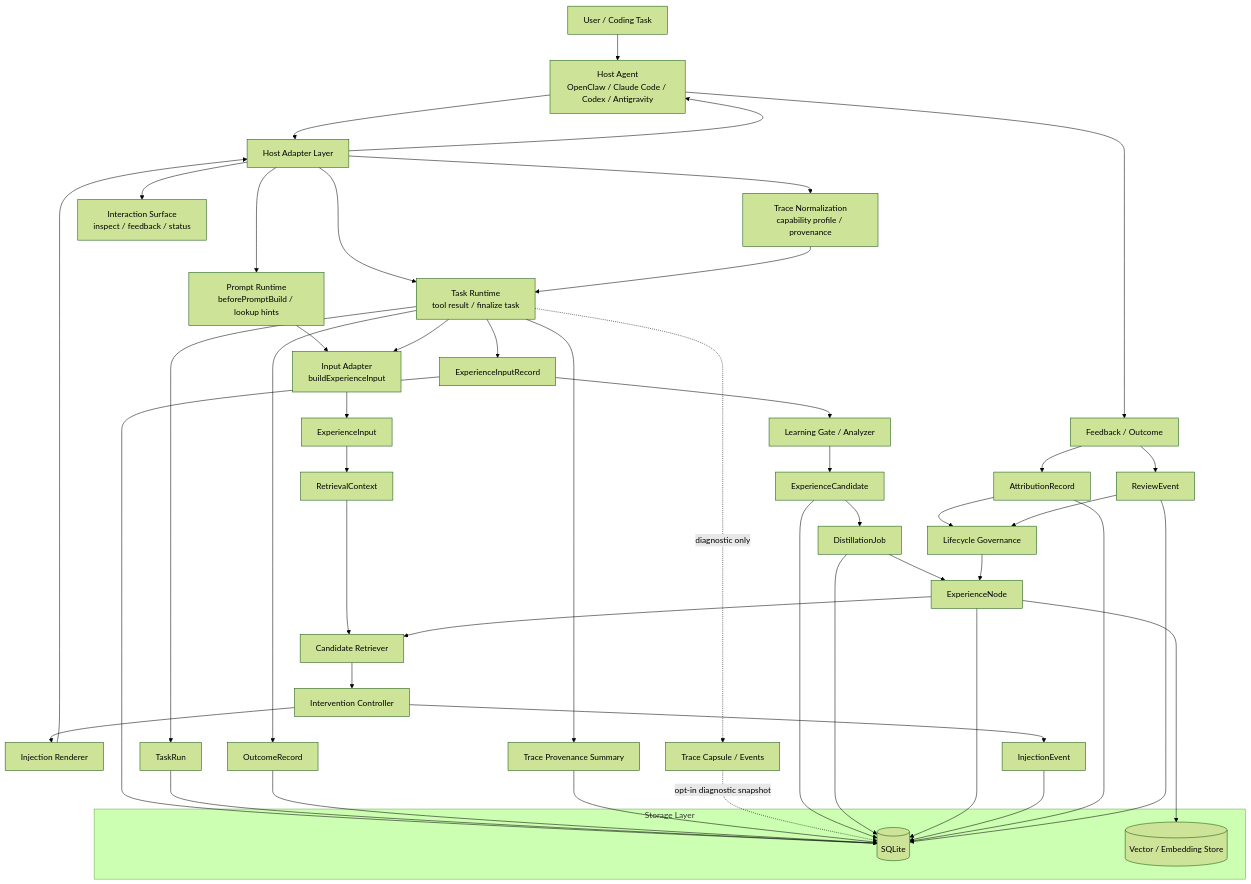
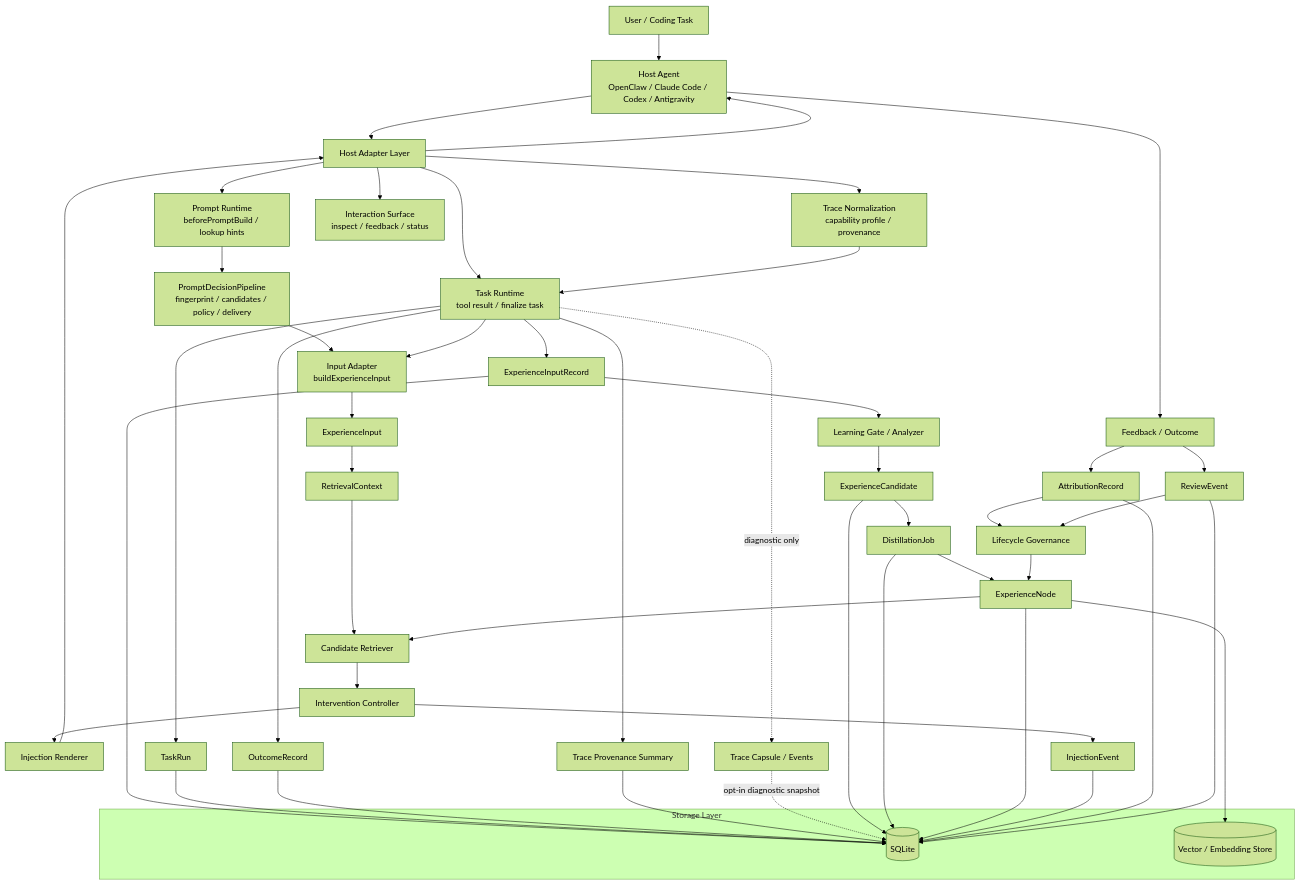
The first of 13 diagrams in docs/development/architecture.md (Alan-512/ExperienceEngine), drawn with Mermaid (forest theme) before and after one commit. The commit also changed other lines of this file and 26 other files, not shown here.

Commit message:
refactor: share prompt decision pipeline

````diff
--- a/docs/development/architecture.md
+++ b/docs/development/architecture.md
@@ -147,62 +147,63 @@
 ```mermaid
 flowchart TD
   User[User / Coding Task] --> Host[Host Agent<br/>OpenClaw / Claude Code / Codex / Antigravity]
 
   Host --> Adapter[Host Adapter Layer]
   Adapter --> Trace[Trace Normalization<br/>capability profile / provenance]
   Adapter --> RuntimePrompt[Prompt Runtime<br/>beforePromptBuild / lookup hints]
+  RuntimePrompt --> PromptDecision[PromptDecisionPipeline<br/>fingerprint / candidates / policy / delivery]
   Adapter --> RuntimeTask[Task Runtime<br/>tool result / finalize task]
   Adapter --> Interaction[Interaction Surface<br/>inspect / feedback / status]
 
-  RuntimePrompt --> InputAdapter[Input Adapter<br/>buildExperienceInput]
+  PromptDecision --> InputAdapter[Input Adapter<br/>buildExperienceInput]
   RuntimeTask --> InputAdapter
   Trace --> RuntimeTask
 
   InputAdapter --> ExperienceInput[ExperienceInput]
   ExperienceInput --> RetrievalContext[RetrievalContext]
 
   RetrievalContext --> Retriever[Candidate Retriever]
   Retriever --> Intervention[Intervention Controller]
   Intervention --> Renderer[Injection Renderer]
   Renderer --> Adapter
   Adapter --> Host
 
   RuntimeTask --> InputRecord[ExperienceInputRecord]
   RuntimeTask --> TaskRun[TaskRun]
   RuntimeTask --> Outcome[OutcomeRecord]
   RuntimeTask --> TraceSummary[Trace Provenance Summary]
   RuntimeTask -. diagnostic only .-> TraceCapsule[Trace Capsule / Events]
 
   InputRecord --> LearningGate[Learning Gate / Analyzer]
   LearningGate --> Candidate[ExperienceCandidate]
   Candidate --> DistillationJob[DistillationJob]
   DistillationJob --> Node[ExperienceNode]
 
   Node --> Retriever
 
   Intervention --> InjectionEvent[InjectionEvent]
   Host --> Feedback[Feedback / Outcome]
   Feedback --> Attribution[AttributionRecord]
   Feedback --> Review[ReviewEvent]
   Attribution --> Governance[Lifecycle Governance]
   Review --> Governance
   Governance --> Node
 
   subgraph Storage[Storage Layer]
     SQLite[(SQLite)]
     Vector[(Vector / Embedding Store)]
   end
 
   InputRecord --> SQLite
   TaskRun --> SQLite
   Outcome --> SQLite
   TraceSummary --> SQLite
   TraceCapsule -. opt-in diagnostic snapshot .-> SQLite
   Candidate --> SQLite
   DistillationJob --> SQLite
   Node --> SQLite
   InjectionEvent --> SQLite
   Attribution --> SQLite
   Review --> SQLite
   Node --> Vector
 ```
````
